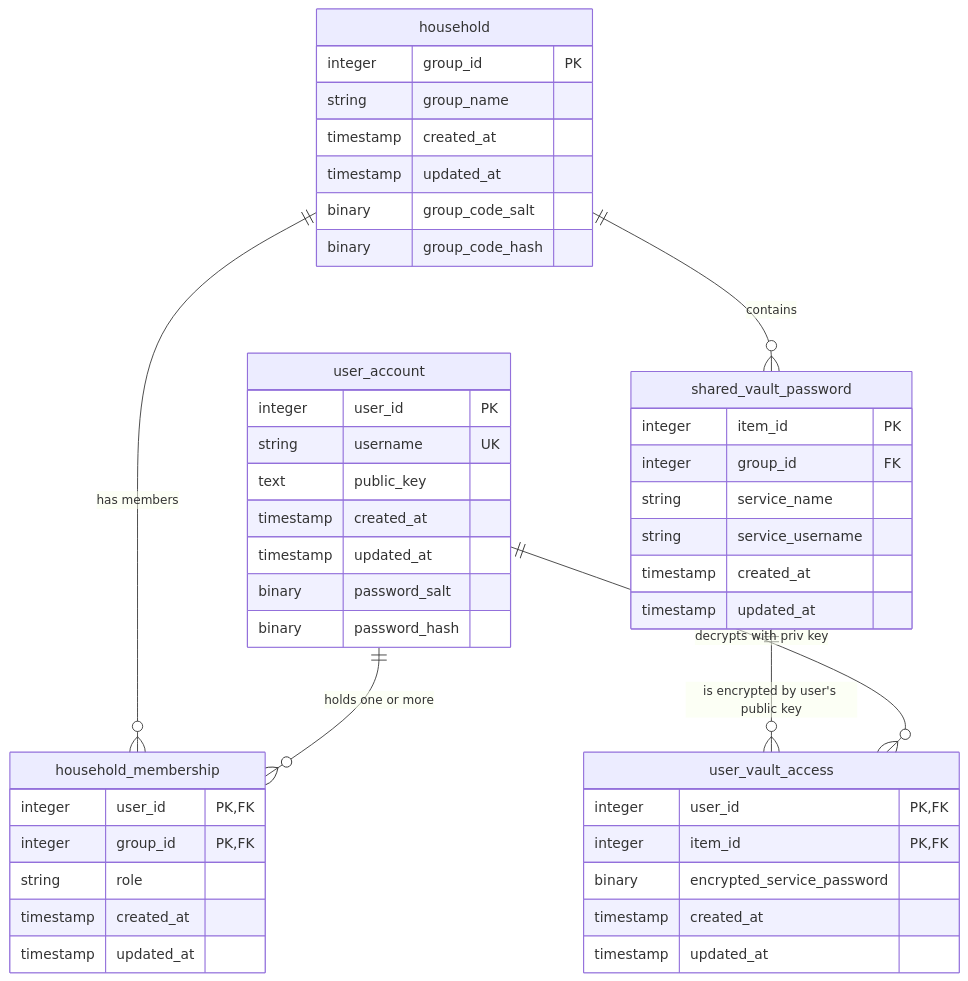
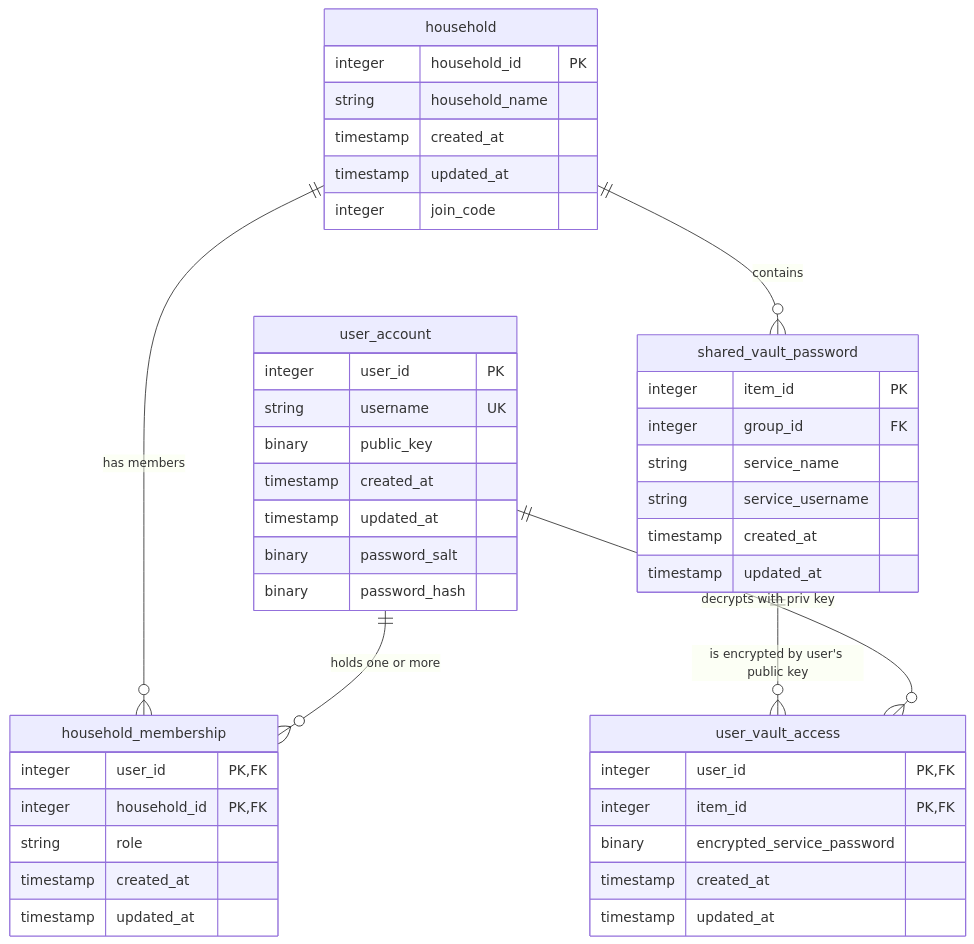
The diagram in diagrams/database_schema.mmd (VenkatCSClasses/project-2-group1), drawn with Mermaid before and after one commit. The commit also changed 6 other files, not shown here.

Commit message:
Add postgres docker/schema migration with knex

```diff
--- a/diagrams/database_schema.mmd
+++ b/diagrams/database_schema.mmd
@@ -1,51 +1,50 @@
 erDiagram
     household ||--o{ household_membership : "has members"
     user_account ||--o{ household_membership : "holds one or more"
     household ||--o{ shared_vault_password : "contains"
     shared_vault_password ||--o{ user_vault_access : "is encrypted by user's public key"
     user_account ||--o{ user_vault_access : "decrypts with priv key"
 
     household {
-        integer group_id PK
-        string group_name
+        integer household_id PK
+        string household_name
         timestamp created_at
         timestamp updated_at
-        binary group_code_salt
-        binary group_code_hash
+        integer join_code
     }
 
     user_account {
         integer user_id PK
         string username UK
-        text public_key
+        binary public_key
         timestamp created_at
         timestamp updated_at
         binary password_salt
         binary password_hash
     }
     %% User's secret key is generated from password
 
     household_membership {
         integer user_id PK,FK
-        integer group_id PK,FK
+        integer household_id PK,FK
         string role
         timestamp created_at
         timestamp updated_at
     }
 
     shared_vault_password {
         integer item_id PK
         integer group_id FK
         string service_name
         string service_username
         timestamp created_at
         timestamp updated_at
     }
 
     user_vault_access {
         integer user_id PK,FK
         integer item_id PK,FK
         binary encrypted_service_password
         timestamp created_at
         timestamp updated_at
     }
```
